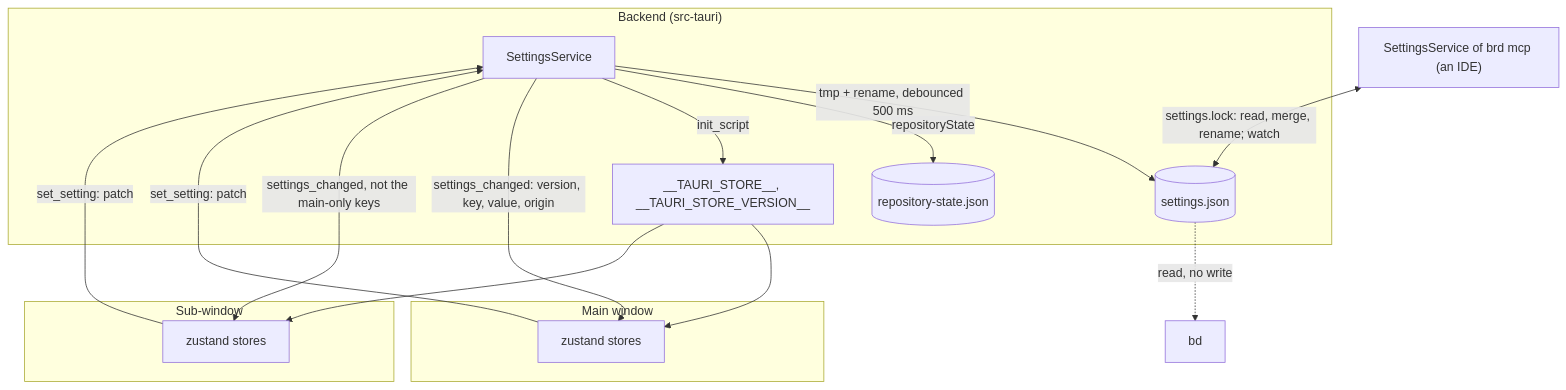
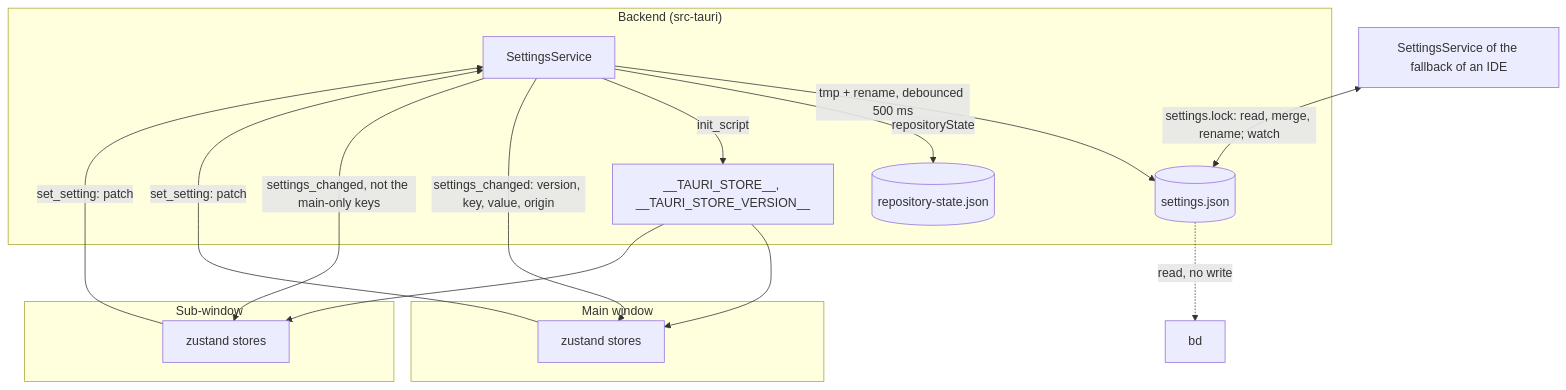
The first of 2 diagrams in docs/design/distributed-settings.md (develar/branch-deck), drawn with Mermaid before and after one commit. The commit also changed other lines of this file and 77 other files, not shown here.

````diff
--- a/docs/design/distributed-settings.md
+++ b/docs/design/distributed-settings.md
@@ -57,25 +59,25 @@
 ```mermaid
 flowchart TD
     subgraph Backend["Backend (src-tauri)"]
         Service[SettingsService] -->|tmp + rename, debounced 500 ms| File[(settings.json)]
         Service -->|repositoryState| State[(repository-state.json)]
         Service -->|init_script| Snapshot["__TAURI_STORE__, __TAURI_STORE_VERSION__"]
     end
 
     subgraph Main["Main window"]
         MS[zustand stores]
     end
 
     subgraph Sub["Sub-window"]
         SS[zustand stores]
     end
 
     MS -->|set_setting: patch| Service
     SS -->|set_setting: patch| Service
     Service -->|settings_changed: version, key, value, origin| MS
     Service -->|settings_changed, not the main-only keys| SS
     Snapshot --> MS
     Snapshot --> SS
     File -.->|read, no write| BD[bd]
-    Other["SettingsService of brd mcp (an IDE)"] <-->|settings.lock: read, merge, rename; watch| File
+    Other["SettingsService of the fallback of an IDE"] <-->|settings.lock: read, merge, rename; watch| File
 ```
````
